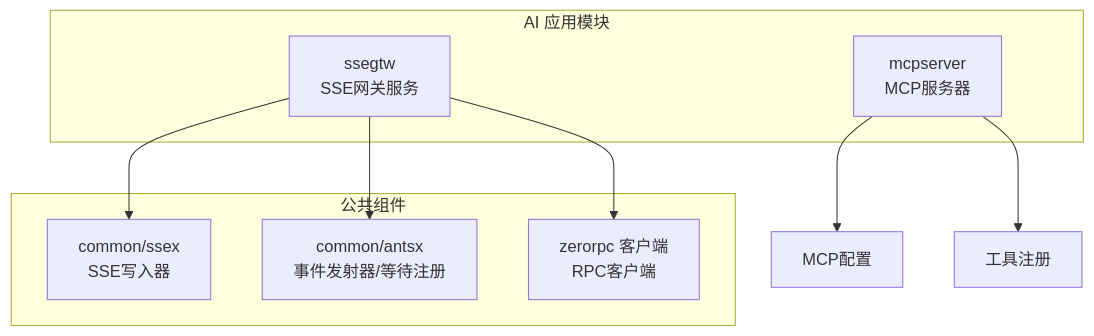
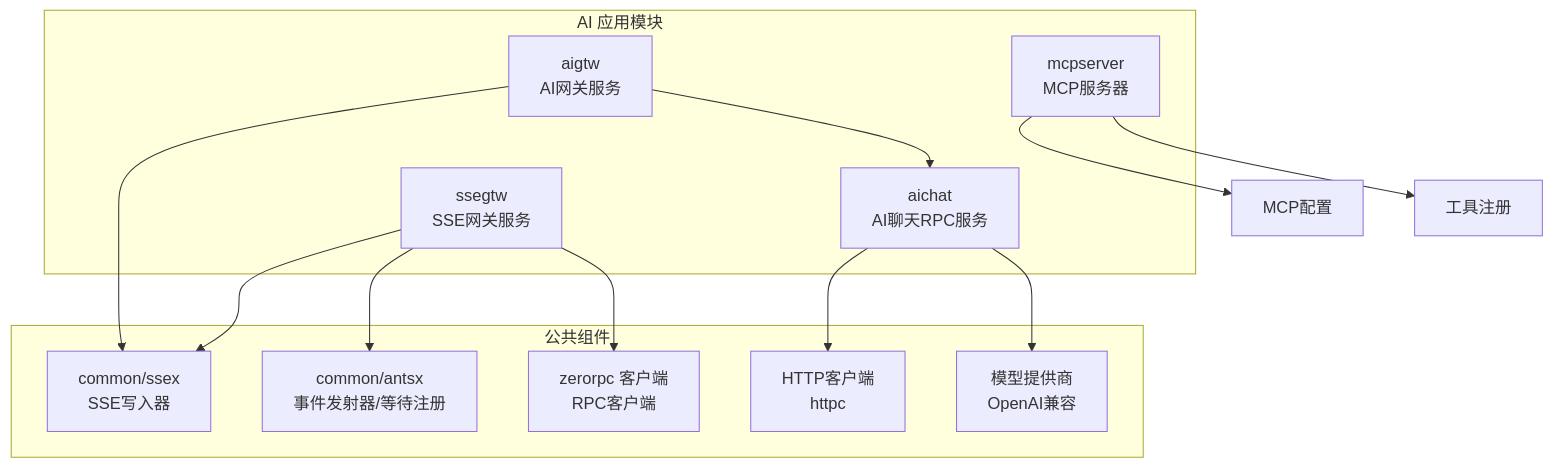
One commit to maomao94/zero-service changed the first of 6 diagrams in .qoder/repowiki/zh/content/AI应用模块/AI应用模块.md. Above: the diagram before and after it, drawn with Mermaid. The commit also changed other lines of this file and 2 other files, not shown here.

````diff
--- a/.qoder/repowiki/zh/content/AI应用模块/AI应用模块.md
+++ b/.qoder/repowiki/zh/content/AI应用模块/AI应用模块.md
@@ -46,17 +74,25 @@
 ```mermaid
 graph TB
 subgraph "AI 应用模块"
 A["ssegtw<br/>SSE网关服务"]
 B["mcpserver<br/>MCP服务器"]
+C["aichat<br/>AI聊天RPC服务"]
+D["aigtw<br/>AI网关服务"]
 end
 subgraph "公共组件"
-C["common/ssex<br/>SSE写入器"]
-D["common/antsx<br/>事件发射器/等待注册"]
-E["zerorpc 客户端<br/>RPC客户端"]
+E["common/ssex<br/>SSE写入器"]
+F["common/antsx<br/>事件发射器/等待注册"]
+G["zerorpc 客户端<br/>RPC客户端"]
+H["HTTP客户端<br/>httpc"]
+I["模型提供商<br/>OpenAI兼容"]
 end
-A --> C
-A --> D
 A --> E
+A --> F
+A --> G
 B --> B1["MCP配置"]
 B --> B2["工具注册"]
+C --> I
+C --> H
+D --> C
+D --> E
 ```
````
